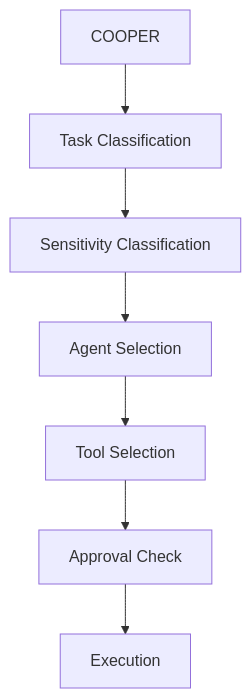
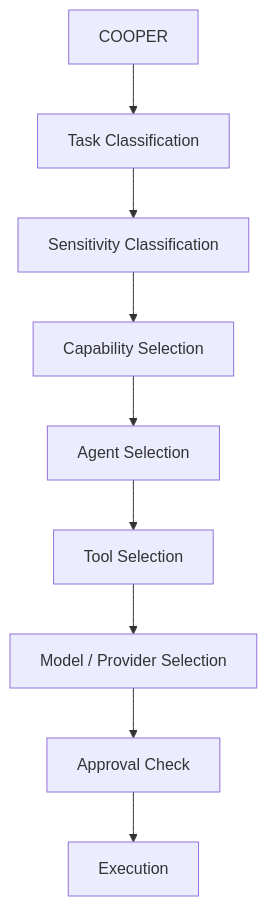
One commit to ThemisEidos/AI-Ecosystem changed the diagram in Documentation/COOPER-Agent-Routing-Architecture.md. Above: the diagram before and after it, drawn with Mermaid. The commit also changed other lines of this file and 1 other file, not shown here.

````diff
--- a/Documentation/COOPER-Agent-Routing-Architecture.md
+++ b/Documentation/COOPER-Agent-Routing-Architecture.md
@@ -7,9 +7,11 @@
 ```mermaid
 flowchart TD
     A["COOPER"] --> B["Task Classification"]
     B --> C["Sensitivity Classification"]
-    C --> D["Agent Selection"]
-    D --> E["Tool Selection"]
-    E --> F["Approval Check"]
-    F --> G["Execution"]
+    C --> D["Capability Selection"]
+    D --> E["Agent Selection"]
+    E --> F["Tool Selection"]
+    F --> G["Model / Provider Selection"]
+    G --> H["Approval Check"]
+    H --> I["Execution"]
 ```
````
